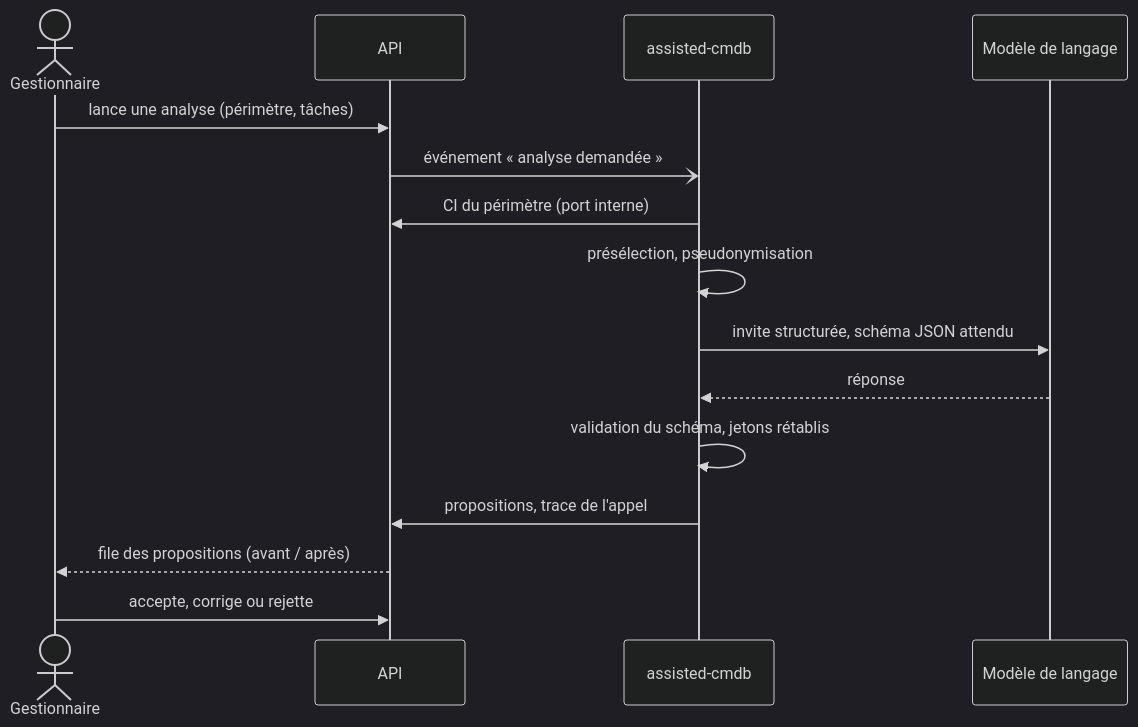
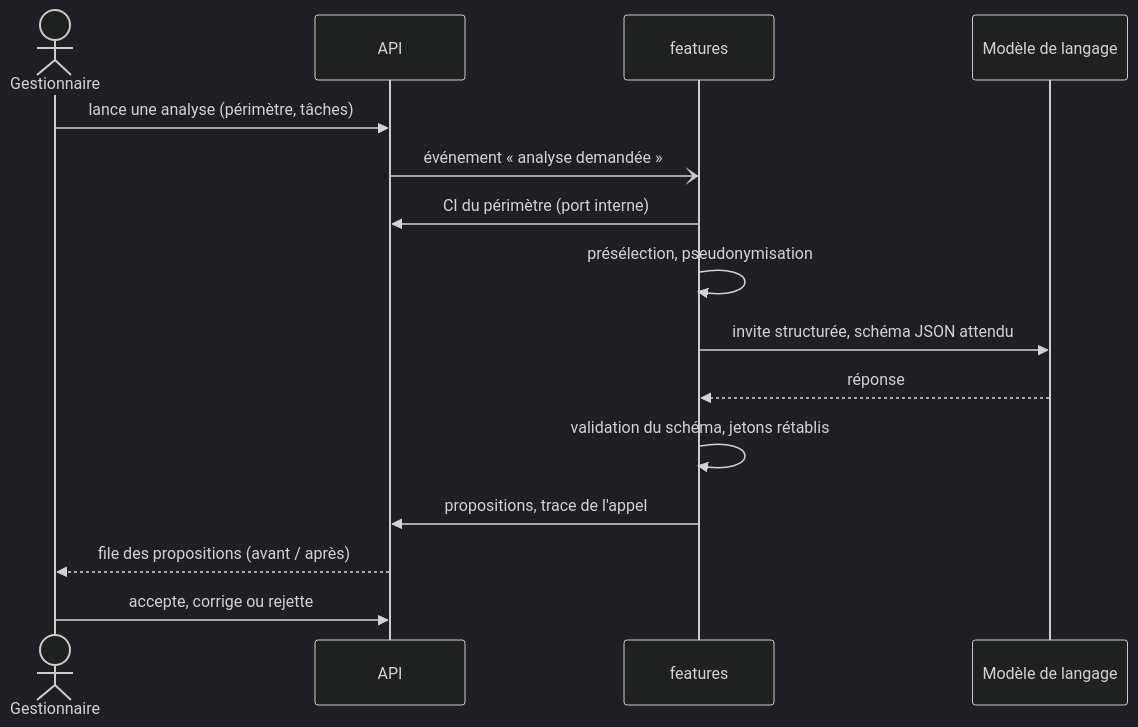
Before and after one commit to chrraj7/S-Aloha: the diagram in docs/reference/cmdb-assistee.md, drawn with Mermaid (dark theme). The commit also changed other lines of this file and 12 other files, not shown here.

````diff
--- a/docs/reference/cmdb-assistee.md
+++ b/docs/reference/cmdb-assistee.md
@@ -35,17 +35,17 @@
 ```mermaid
 sequenceDiagram
     actor G as Gestionnaire
     participant A as API
-    participant K as assisted-cmdb
+    participant K as features
     participant L as Modèle de langage
     G->>A: lance une analyse (périmètre, tâches)
     A-)K: événement « analyse demandée »
     K->>A: CI du périmètre (port interne)
     K->>K: présélection, pseudonymisation
     K->>L: invite structurée, schéma JSON attendu
     L-->>K: réponse
     K->>K: validation du schéma, jetons rétablis
     K->>A: propositions, trace de l'appel
     A-->>G: file des propositions (avant / après)
     G->>A: accepte, corrige ou rejette
 ```
````
